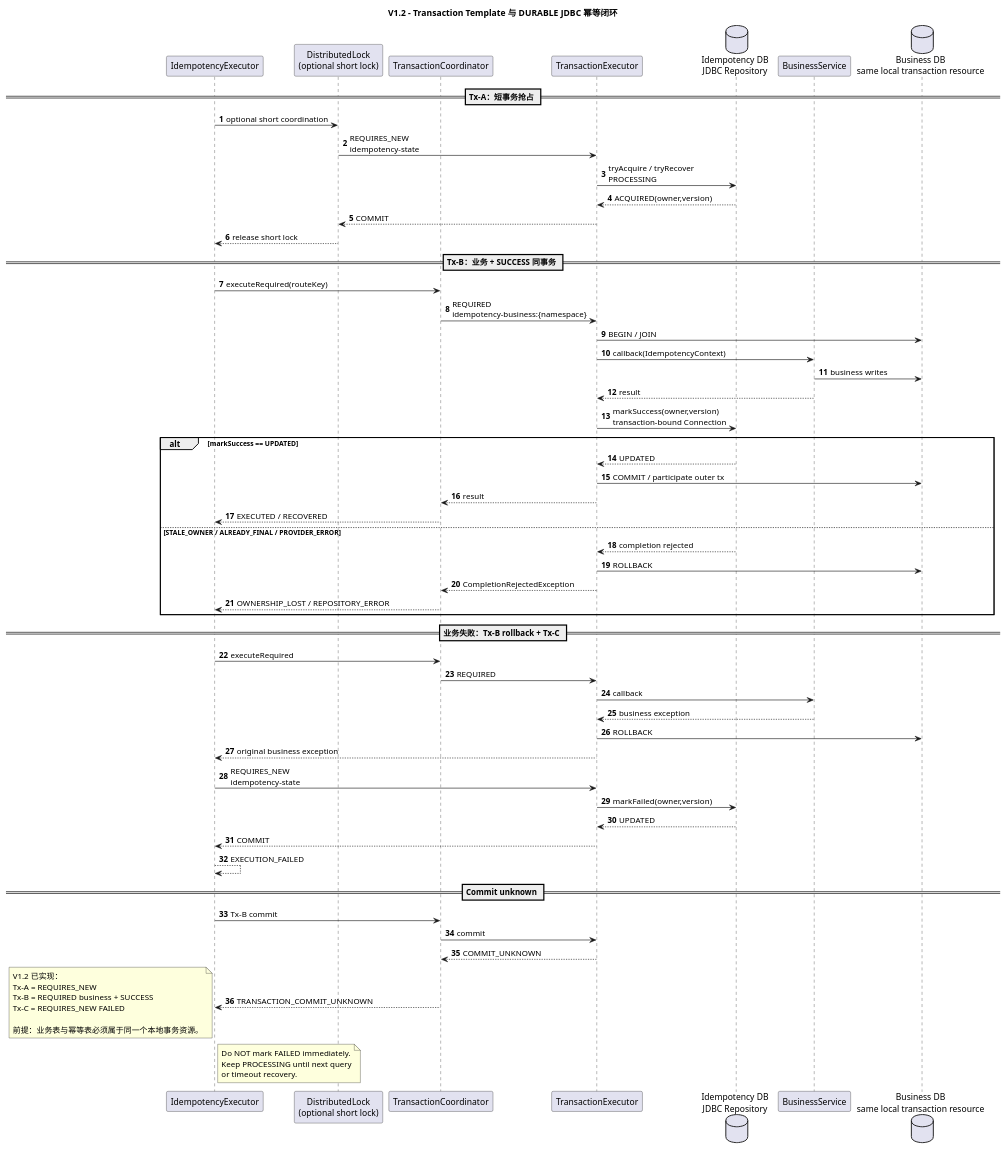
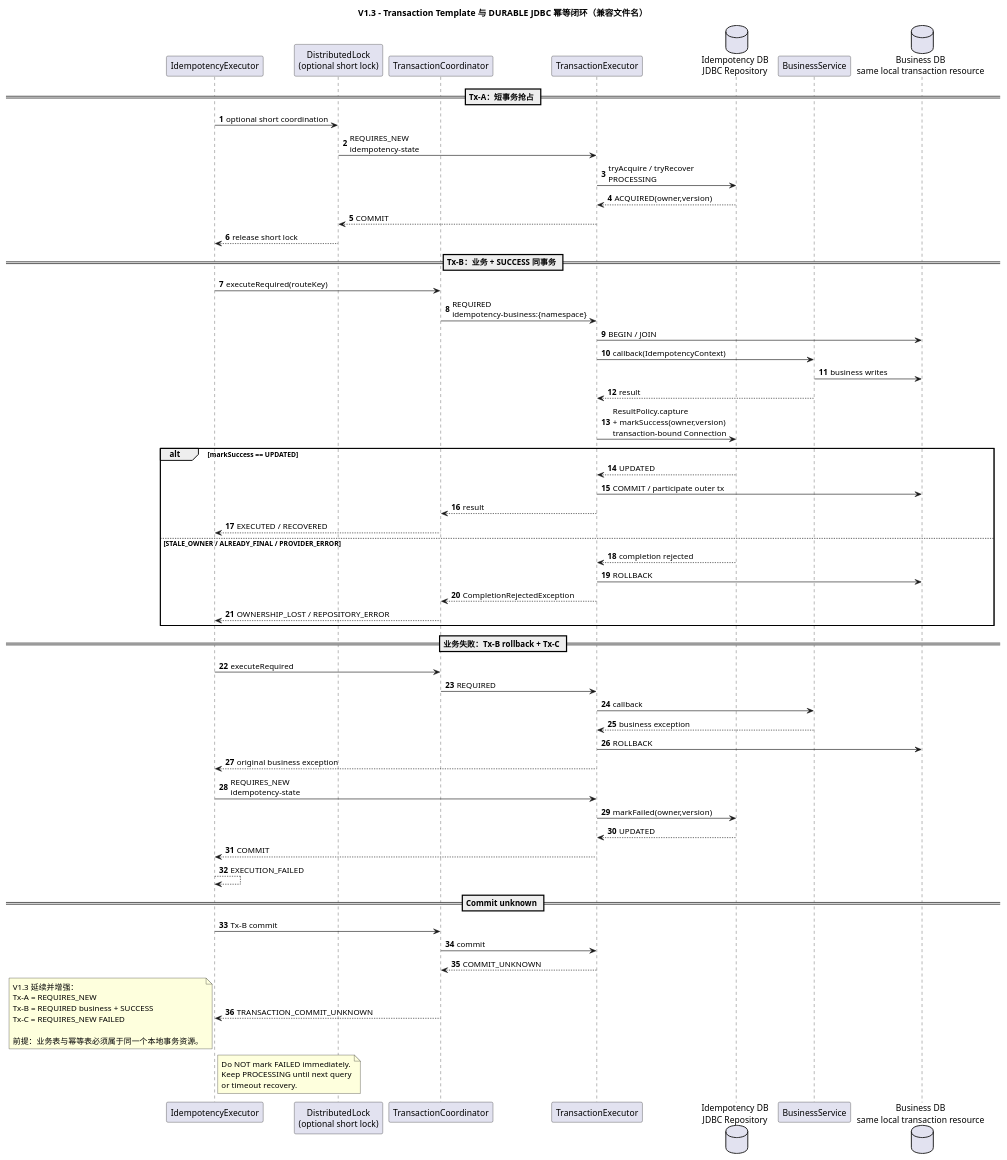
Before and after one commit to pbxjtumse/cola-web-standard: the diagram in component/idempotent-component/docs/diagrams/sequence/L4-future-transaction-integration.puml, drawn with PlantUML. The commit also changed 201 other files, not shown here.

```diff
--- a/component/idempotent-component/docs/diagrams/sequence/L4-future-transaction-integration.puml
+++ b/component/idempotent-component/docs/diagrams/sequence/L4-future-transaction-integration.puml
@@ -1,76 +1,76 @@
 @startuml
-title V1.2 - Transaction Template 与 DURABLE JDBC 幂等闭环
+title V1.3 - Transaction Template 与 DURABLE JDBC 幂等闭环（兼容文件名）
 
 autonumber
 skinparam shadowing false
 
 participant "IdempotencyExecutor" as EXEC
 participant "DistributedLock\n(optional short lock)" as LOCK
 participant "TransactionCoordinator" as TXC
 participant "TransactionExecutor" as TX
 database "Idempotency DB\nJDBC Repository" as IDEM
 participant "BusinessService" as BIZ
 database "Business DB\nsame local transaction resource" as DB
 
 == Tx-A：短事务抢占 ==
 EXEC -> LOCK : optional short coordination
 LOCK -> TX : REQUIRES_NEW\nidempotency-state
 TX -> IDEM : tryAcquire / tryRecover\nPROCESSING
 IDEM --> TX : ACQUIRED(owner,version)
 TX --> LOCK : COMMIT
 LOCK --> EXEC : release short lock
 
 == Tx-B：业务 + SUCCESS 同事务 ==
 EXEC -> TXC : executeRequired(routeKey)
 TXC -> TX : REQUIRED\nidempotency-business:{namespace}
 TX -> DB : BEGIN / JOIN
 TX -> BIZ : callback(IdempotencyContext)
 BIZ -> DB : business writes
 BIZ --> TX : result
-TX -> IDEM : markSuccess(owner,version)\ntransaction-bound Connection
+TX -> IDEM : ResultPolicy.capture\n+ markSuccess(owner,version)\ntransaction-bound Connection
 
 alt markSuccess == UPDATED
     IDEM --> TX : UPDATED
     TX -> DB : COMMIT / participate outer tx
     TX --> TXC : result
     TXC --> EXEC : EXECUTED / RECOVERED
 else STALE_OWNER / ALREADY_FINAL / PROVIDER_ERROR
     IDEM --> TX : completion rejected
     TX -> DB : ROLLBACK
     TX --> TXC : CompletionRejectedException
     TXC --> EXEC : OWNERSHIP_LOST / REPOSITORY_ERROR
 end
 
 == 业务失败：Tx-B rollback + Tx-C ==
 EXEC -> TXC : executeRequired
 TXC -> TX : REQUIRED
 TX -> BIZ : callback
 BIZ --> TX : business exception
 TX -> DB : ROLLBACK
 TX --> EXEC : original business exception
 EXEC -> TX : REQUIRES_NEW\nidempotency-state
 TX -> IDEM : markFailed(owner,version)
 IDEM --> TX : UPDATED
 TX --> EXEC : COMMIT
 EXEC --> EXEC : EXECUTION_FAILED
 
 == Commit unknown ==
 EXEC -> TXC : Tx-B commit
 TXC -> TX : commit
 TX --> TXC : COMMIT_UNKNOWN
 TXC --> EXEC : TRANSACTION_COMMIT_UNKNOWN
 note right of EXEC
 Do NOT mark FAILED immediately.
 Keep PROCESSING until next query
 or timeout recovery.
 end note
 
 note bottom
-V1.2 已实现：
+V1.3 延续并增强：
 Tx-A = REQUIRES_NEW
 Tx-B = REQUIRED business + SUCCESS
 Tx-C = REQUIRES_NEW FAILED
 
 前提：业务表与幂等表必须属于同一个本地事务资源。
 end note
 @enduml
```
